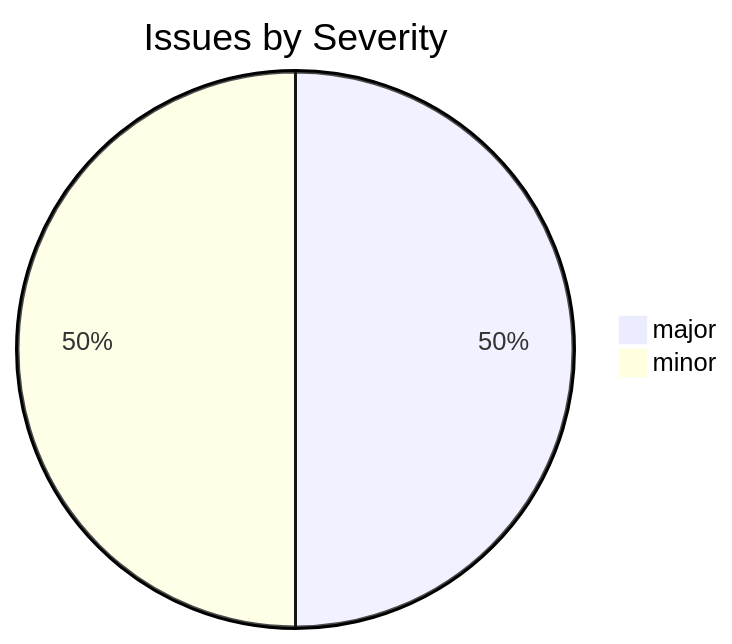
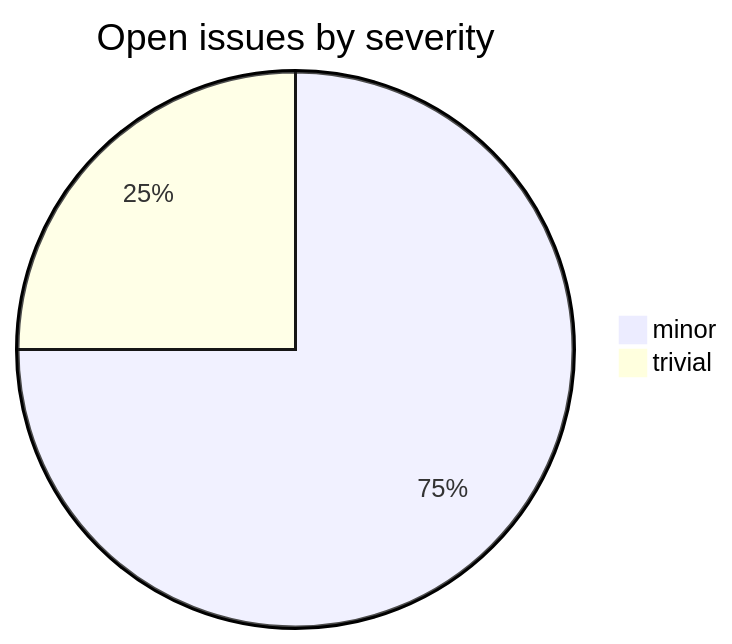
The second of 2 diagrams in README.md (sanskrit-lexicon/hwnorm2), drawn with Mermaid before and after one commit. The commit also changed other lines of this file, not shown here.

````diff
--- a/README.md
+++ b/README.md
@@ -26,5 +36,5 @@
 ```mermaid
-pie title Issues by Severity
-    "major" : 1
-    "minor" : 1
+pie title Open issues by severity
+    "minor" : 3
+    "trivial" : 1
 ```
````
